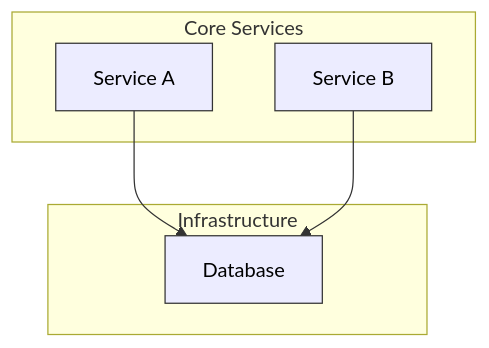
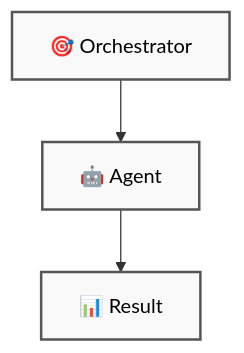
The seventh of 7 diagrams in MERMAID_STYLE_GUIDE.md (underpass-ai/swe-ai-fleet), drawn with Mermaid before and after one commit. The commit also changed other lines of this file and 1 other file, not shown here.

First line of the commit message:
docs: finalize mermaid grayscale standard and apply to AGENTS_AND_TOOLS

````diff
--- a/MERMAID_STYLE_GUIDE.md
+++ b/MERMAID_STYLE_GUIDE.md
@@ -77,18 +196,12 @@
 ```mermaid
-graph TB
-    subgraph Core["Core Services"]
-        A["Service A"]
-        B["Service B"]
-    end
-
-    subgraph Infra["Infrastructure"]
-        C["Database"]
-    end
-
-    A --> C
-    B --> C
-
-    style A stroke:#333,color:#000
-    style B stroke:#333,color:#000
-    style C stroke:#333,color:#000
+graph TD
+    A["🎯 Orchestrator"]
+    B["🤖 Agent"]
+    C["📊 Result"]
+    
+    A --> B --> C
+    
+    style A stroke:#555,stroke-width:2px,fill:#f9f9f9,color:#000
+    style B stroke:#555,stroke-width:2px,fill:#f9f9f9,color:#000
+    style C stroke:#555,stroke-width:2px,fill:#f9f9f9,color:#000
 ```
````
